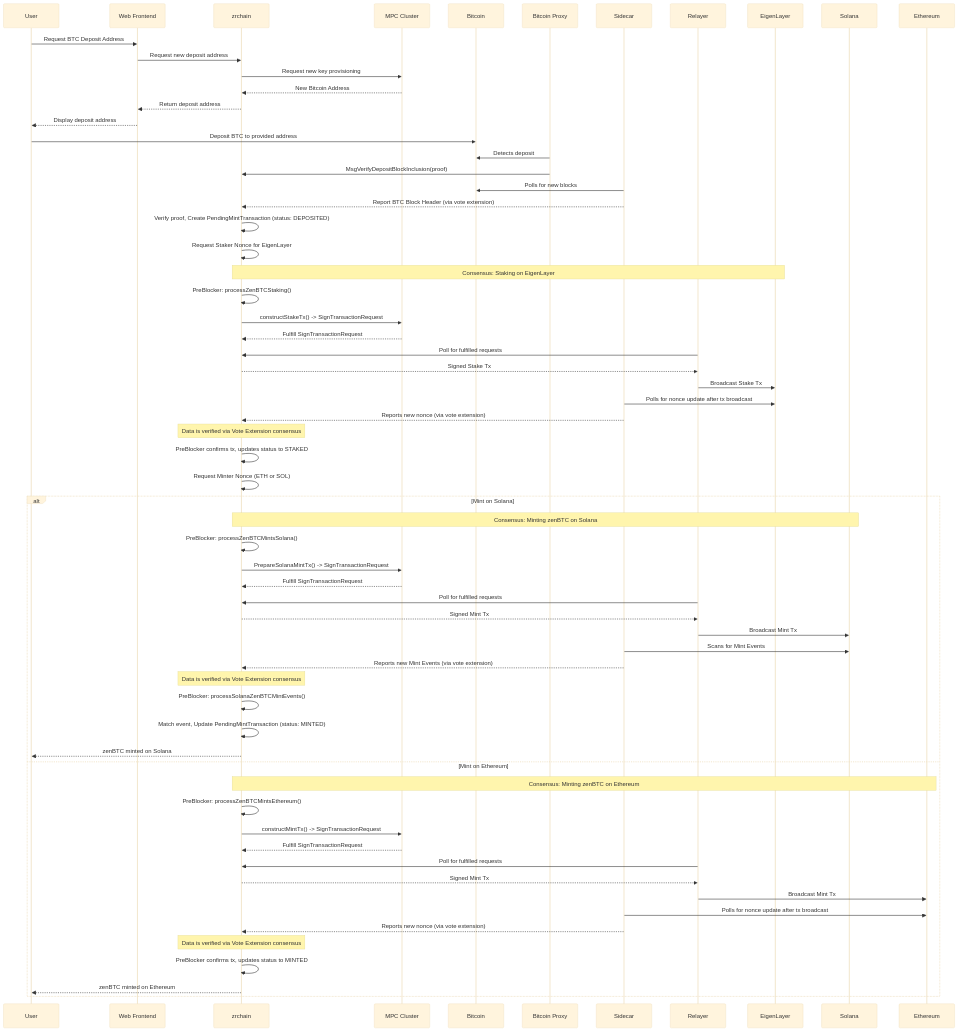
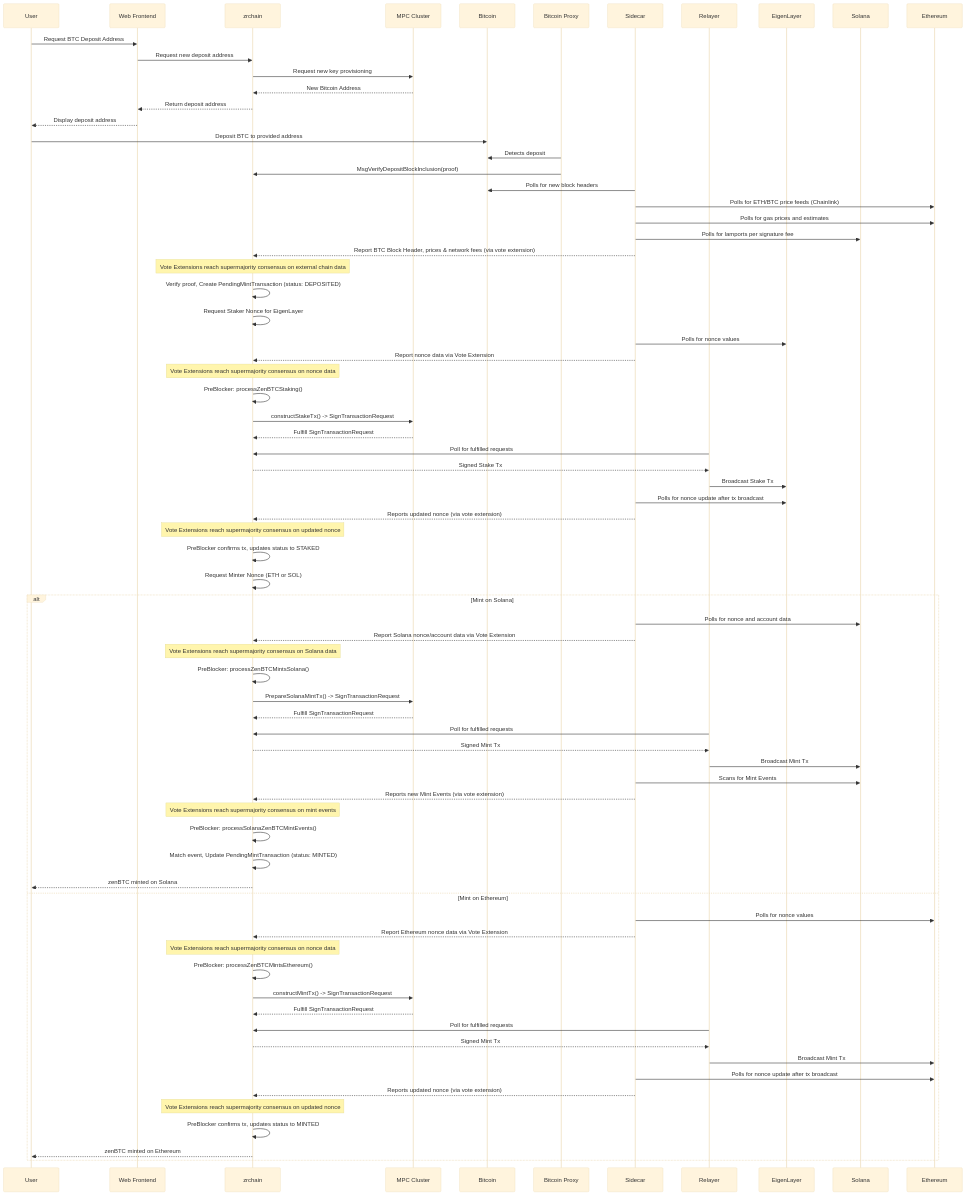
Before and after one commit to zenrocklabs/zrchain: the first of 4 diagrams in docs/README.md, drawn with Mermaid (base theme). The commit also changed other lines of this file, not shown here.

```diff
--- a/docs/README.md
+++ b/docs/README.md
@@ -36,13 +65,19 @@
     Bitcoin Proxy->>Bitcoin: Detects deposit
     Bitcoin Proxy->>zrchain: MsgVerifyDepositBlockInclusion(proof)
 
-    Sidecar->>Bitcoin: Polls for new blocks
-    Sidecar-->>zrchain: Report BTC Block Header (via vote extension)
-    
+    Sidecar->>Bitcoin: Polls for new block headers
+    Sidecar->>Ethereum: Polls for ETH/BTC price feeds (Chainlink)
+    Sidecar->>Ethereum: Polls for gas prices and estimates
+    Sidecar->>Solana: Polls for lamports per signature fee
+    Sidecar-->>zrchain: Report BTC Block Header, prices & network fees (via vote extension)
+    Note over zrchain: Vote Extensions reach supermajority consensus on external chain data
+
     zrchain->>zrchain: Verify proof, Create PendingMintTransaction (status: DEPOSITED)
     zrchain->>zrchain: Request Staker Nonce for EigenLayer
 
-    Note over zrchain,EigenLayer: Consensus: Staking on EigenLayer
+    Sidecar->>EigenLayer: Polls for nonce values
+    Sidecar-->>zrchain: Report nonce data via Vote Extension
+    Note over zrchain: Vote Extensions reach supermajority consensus on nonce data
     zrchain->>zrchain: PreBlocker: processZenBTCStaking()
     zrchain->>MPC Cluster: constructStakeTx() -> SignTransactionRequest
     MPC Cluster-->>zrchain: Fulfill SignTransactionRequest
@@ -51,13 +86,15 @@
     Relayer->>EigenLayer: Broadcast Stake Tx
 
     Sidecar->>EigenLayer: Polls for nonce update after tx broadcast
-    Sidecar-->>zrchain: Reports new nonce (via vote extension)
-    Note over zrchain: Data is verified via Vote Extension consensus
+    Sidecar-->>zrchain: Reports updated nonce (via vote extension)
+    Note over zrchain: Vote Extensions reach supermajority consensus on updated nonce
     zrchain->>zrchain: PreBlocker confirms tx, updates status to STAKED
     zrchain->>zrchain: Request Minter Nonce (ETH or SOL)
 
     alt Mint on Solana
-        Note over zrchain,Solana: Consensus: Minting zenBTC on Solana
+        Sidecar->>Solana: Polls for nonce and account data
+        Sidecar-->>zrchain: Report Solana nonce/account data via Vote Extension
+        Note over zrchain: Vote Extensions reach supermajority consensus on Solana data
         zrchain->>zrchain: PreBlocker: processZenBTCMintsSolana()
         zrchain->>MPC Cluster: PrepareSolanaMintTx() -> SignTransactionRequest
         MPC Cluster-->>zrchain: Fulfill SignTransactionRequest
@@ -67,12 +104,14 @@
         
         Sidecar->>Solana: Scans for Mint Events
         Sidecar-->>zrchain: Reports new Mint Events (via vote extension)
-        Note over zrchain: Data is verified via Vote Extension consensus
+        Note over zrchain: Vote Extensions reach supermajority consensus on mint events
         zrchain->>zrchain: PreBlocker: processSolanaZenBTCMintEvents()
         zrchain->>zrchain: Match event, Update PendingMintTransaction (status: MINTED)
         zrchain-->>User: zenBTC minted on Solana
     else Mint on Ethereum
-        Note over zrchain,Ethereum: Consensus: Minting zenBTC on Ethereum
+        Sidecar->>Ethereum: Polls for nonce values 
+        Sidecar-->>zrchain: Report Ethereum nonce data via Vote Extension
+        Note over zrchain: Vote Extensions reach supermajority consensus on nonce data
         zrchain->>zrchain: PreBlocker: processZenBTCMintsEthereum()
         zrchain->>MPC Cluster: constructMintTx() -> SignTransactionRequest
         MPC Cluster-->>zrchain: Fulfill SignTransactionRequest
@@ -81,8 +120,8 @@
         Relayer->>Ethereum: Broadcast Mint Tx
 
         Sidecar->>Ethereum: Polls for nonce update after tx broadcast
-        Sidecar-->>zrchain: Reports new nonce (via vote extension)
-        Note over zrchain: Data is verified via Vote Extension consensus
+        Sidecar-->>zrchain: Reports updated nonce (via vote extension)
+        Note over zrchain: Vote Extensions reach supermajority consensus on updated nonce
         zrchain->>zrchain: PreBlocker confirms tx, updates status to MINTED
         zrchain-->>User: zenBTC minted on Ethereum
     end
```
